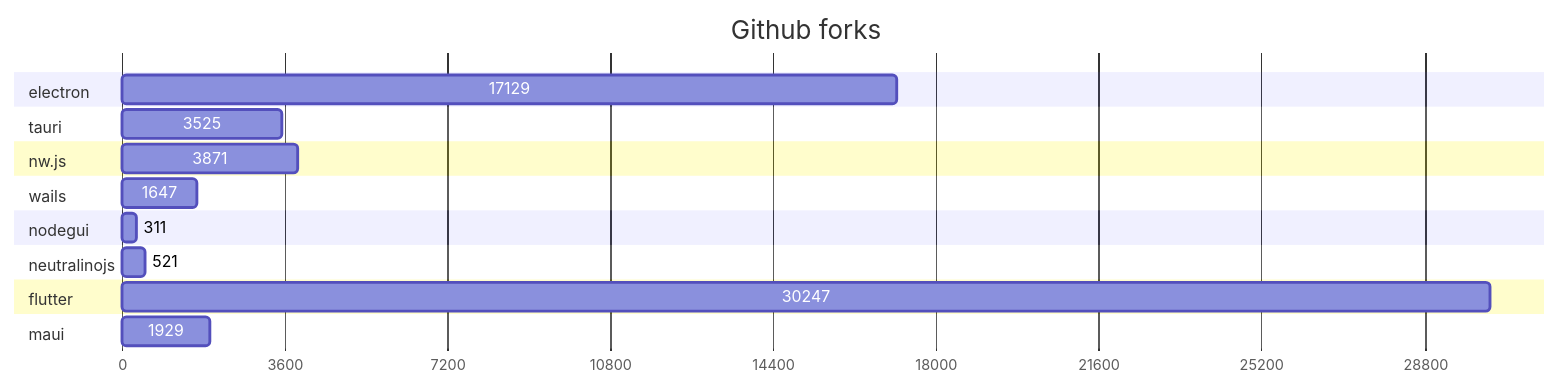
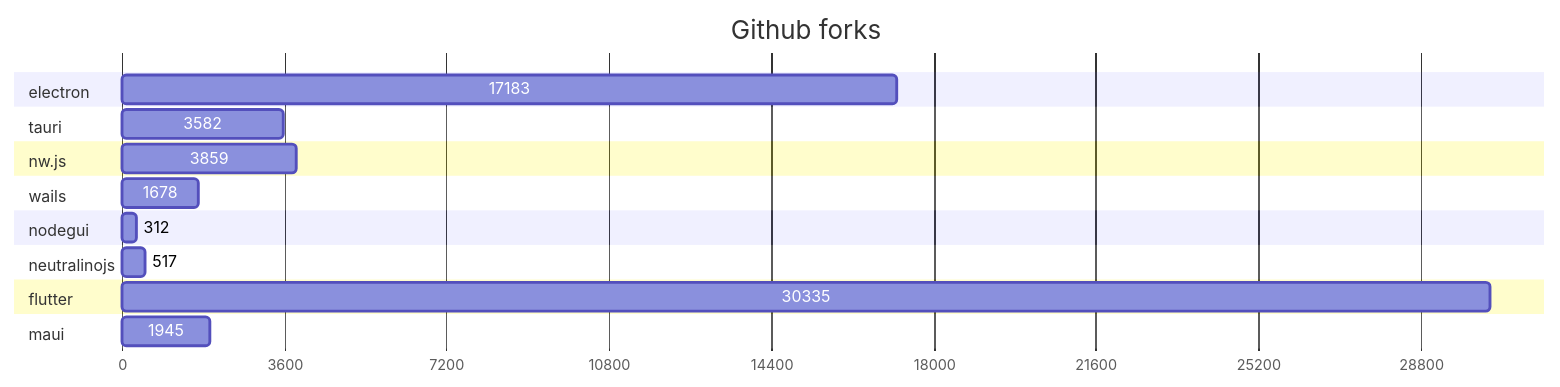
The second of 2 diagrams in GRAPHS.md (Elanis/web-to-desktop-framework-comparison), drawn with Mermaid before and after one commit. The commit also changed other lines of this file and 2 other files, not shown here.

Commit message:
Update stars & Fork

````diff
--- a/GRAPHS.md
+++ b/GRAPHS.md
@@ -47,40 +47,40 @@
 ```mermaid
 gantt
     title Github forks
     dateFormat  X
     axisFormat %s
 
 
 	section electron
-	17129 : 0, 17129
+	17183 : 0, 17183
 
 	
 	section tauri
-	3525 : 0, 3525
+	3582 : 0, 3582
 
 	
 	section nw.js
-	3871 : 0, 3871
+	3859 : 0, 3859
 
 	
 	section wails
-	1647 : 0, 1647
+	1678 : 0, 1678
 
 	
 	section nodegui
-	311 : 0, 311
+	312 : 0, 312
 
 	
 	section neutralinojs
-	521 : 0, 521
+	517 : 0, 517
 
 	
 	section flutter
-	30247 : 0, 30247
+	30335 : 0, 30335
 
 	
 	section maui
-	1929 : 0, 1929
+	1945 : 0, 1945
 
 	
 ```
````
